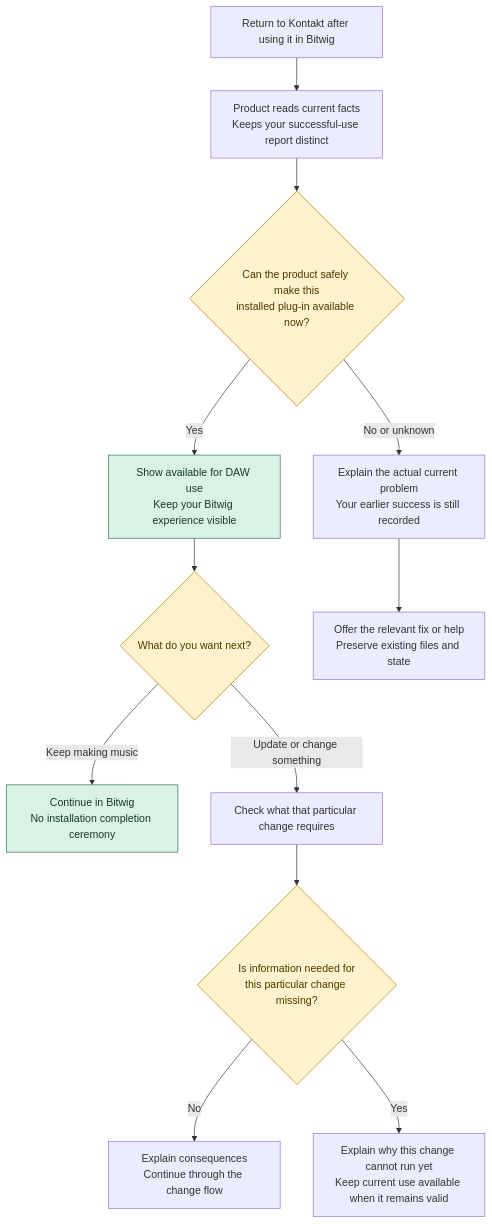
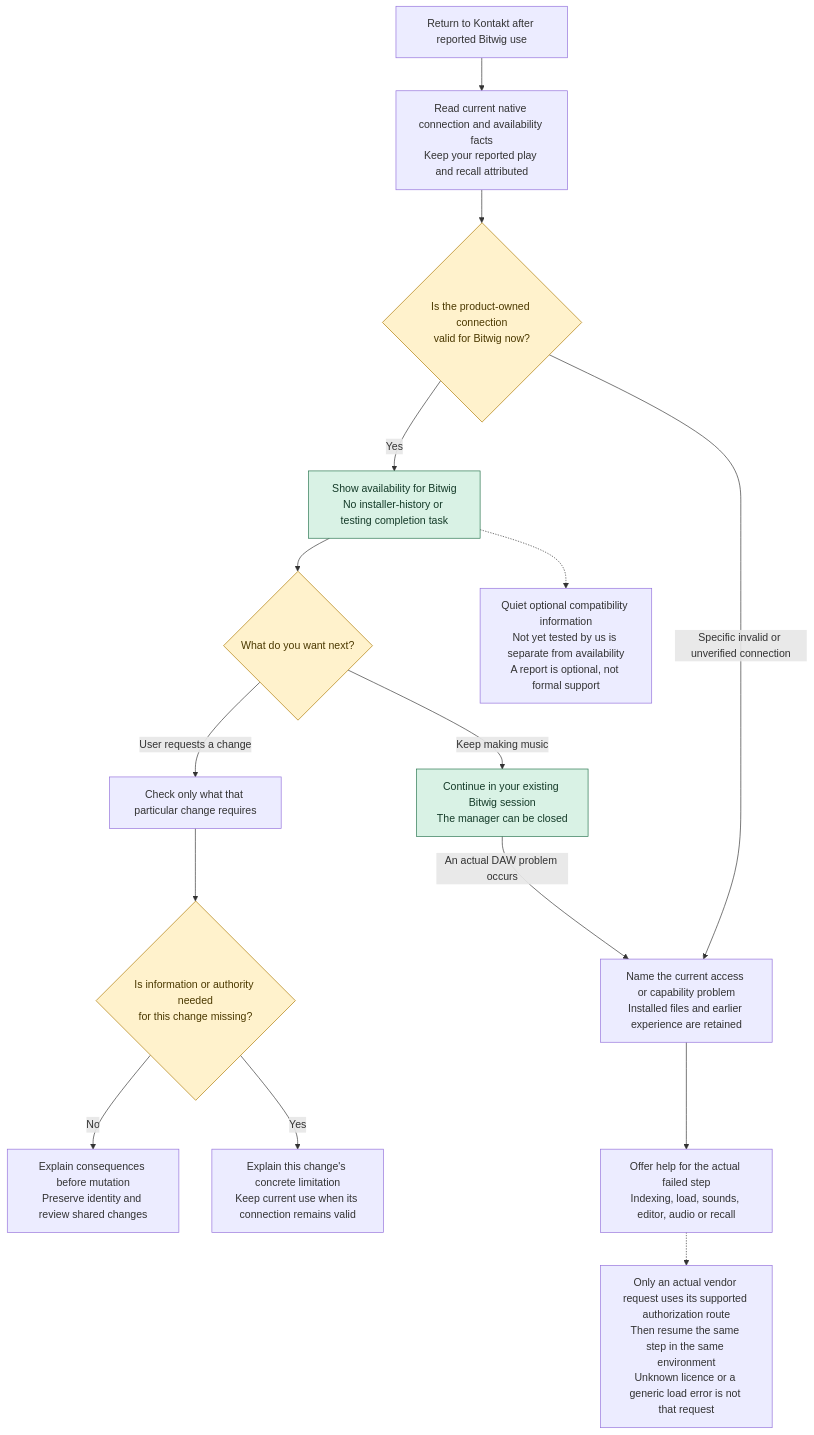
The diagram in docs/design-dossier/flows/working.mmd (kasselvania/Linux-VST-bridge), drawn with Mermaid before and after one commit. The commit also changed 5 other files, not shown here.

Commit message:
docs: separate vendor work from DAW availability

```diff
--- a/docs/design-dossier/flows/working.mmd
+++ b/docs/design-dossier/flows/working.mmd
@@ -1,16 +1,19 @@
 flowchart TD
-    Return["Return to Kontakt after using it in Bitwig"] --> Read["Product reads current facts<br/>Keeps your successful-use report distinct"]
-    Read --> Route{"Can the product safely make this<br/>installed plug-in available now?"}
-    Route -->|Yes| Available["Show available for DAW use<br/>Keep your Bitwig experience visible"]
+    Return["Return to Kontakt after reported Bitwig use"] --> Read["Read current native connection and availability facts<br/>Keep your reported play and recall attributed"]
+    Read --> Route{"Is the product-owned connection<br/>valid for Bitwig now?"}
+    Route -->|Yes| Available["Show availability for Bitwig<br/>No installer-history or testing completion task"]
     Available --> Choice{"What do you want next?"}
-    Choice -->|Keep making music| Music["Continue in Bitwig<br/>No installation completion ceremony"]
-    Choice -->|Update or change something| Check["Check what that particular change requires"]
-    Check --> Gap{"Is information needed for<br/>this particular change missing?"}
-    Gap -->|No| Change["Explain consequences<br/>Continue through the change flow"]
-    Gap -->|Yes| Explain["Explain why this change cannot run yet<br/>Keep current use available when it remains valid"]
-    Route -->|No or unknown| Specific["Explain the actual current problem<br/>Your earlier success is still recorded"]
-    Specific --> Recovery["Offer the relevant fix or help<br/>Preserve existing files and state"]
+    Choice -->|Keep making music| Music["Continue in your existing Bitwig session<br/>The manager can be closed"]
+    Available -.-> Evidence["Quiet optional compatibility information<br/>Not yet tested by us is separate from availability<br/>A report is optional, not formal support"]
+    Choice -->|User requests a change| Check["Check only what that particular change requires"]
+    Check --> Gap{"Is information or authority needed<br/>for this change missing?"}
+    Gap -->|No| Change["Explain consequences before mutation<br/>Preserve identity and review shared changes"]
+    Gap -->|Yes| Explain["Explain this change's concrete limitation<br/>Keep current use when its connection remains valid"]
+    Route -->|Specific invalid or unverified connection| Specific["Name the current access or capability problem<br/>Installed files and earlier experience are retained"]
+    Music -->|An actual DAW problem occurs| Specific
+    Specific --> Recovery["Offer help for the actual failed step<br/>Indexing, load, sounds, editor, audio or recall"]
+    Recovery -.-> Auth["Only an actual vendor request uses its supported authorization route<br/>Then resume the same step in the same environment<br/>Unknown licence or a generic load error is not that request"]
     classDef outcome fill:#d9f2e5,stroke:#26734d,color:#153b29
     classDef choice fill:#fff2cc,stroke:#ad7900,color:#4b3900
     class Music,Available outcome
     class Route,Choice,Gap choice
```
